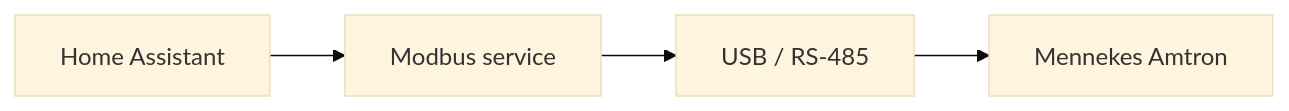
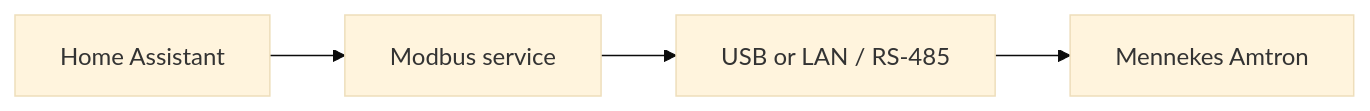
Before and after one commit to memphi2/ha-mennekes-amtron: the diagram in docs/installation.md, drawn with Mermaid (base theme). The commit also changed other lines of this file and 26 other files, not shown here.

Commit message:
docs: guide USB and LAN setups with HACS installation

````diff
--- a/docs/installation.md
+++ b/docs/installation.md
@@ -42,5 +48,5 @@
 ```mermaid
 flowchart LR
     HA["Home Assistant"] --> APP["Modbus service"]
-    APP --> USB["USB / RS-485"] --> WB["Mennekes Amtron"]
+    APP --> LINK["USB or LAN / RS-485"] --> WB["Mennekes Amtron"]
 ```
````
